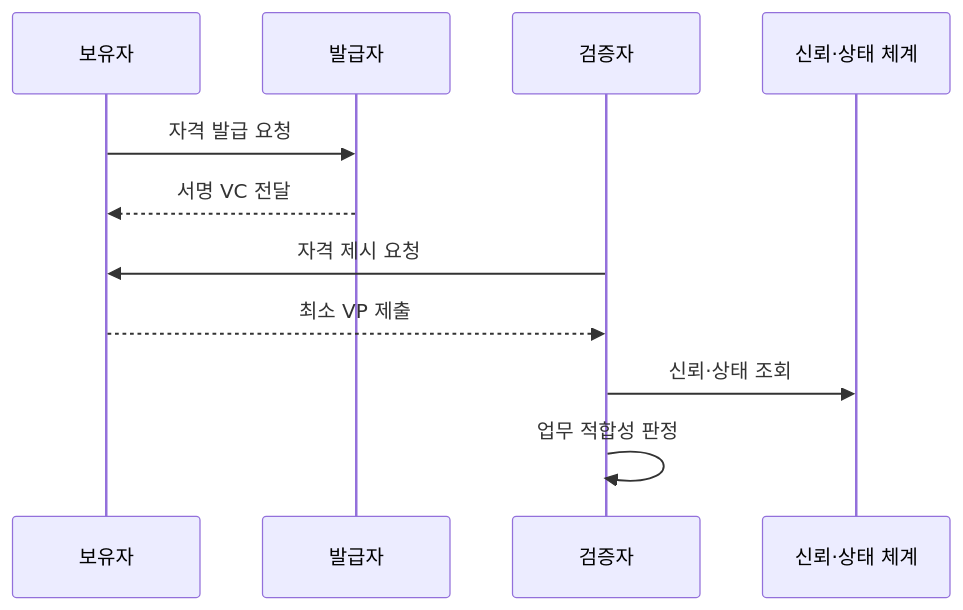
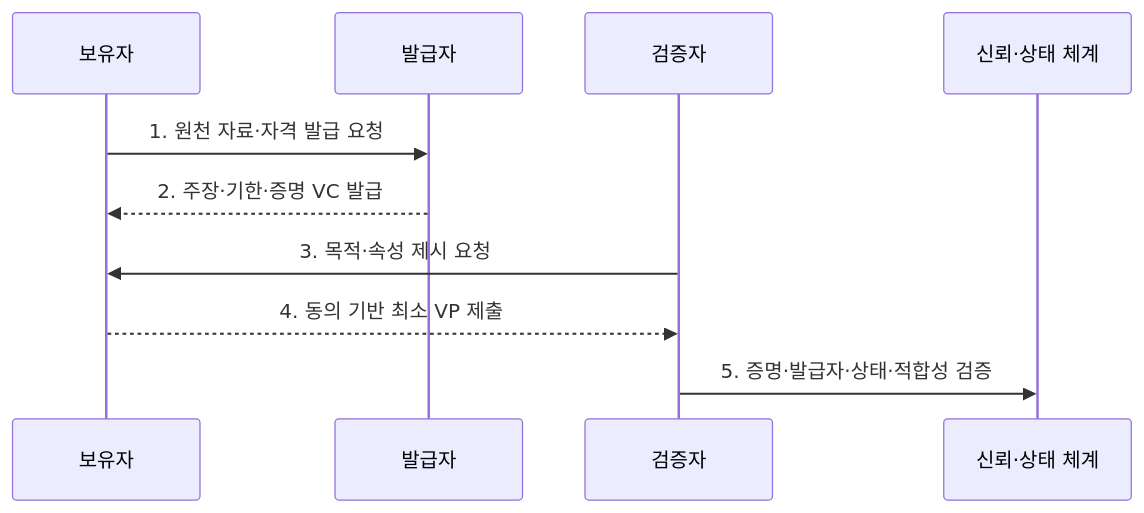
One commit to agnusdei1207/knowledge-base changed the second of 2 diagrams in src/content/docs/notes/05-security/067_verifiable_credential.md. Above: the diagram before and after it, drawn with Mermaid. The commit also changed other lines of this file and 7 other files, not shown here.

````diff
--- a/src/content/docs/notes/05-security/067_verifiable_credential.md
+++ b/src/content/docs/notes/05-security/067_verifiable_credential.md
@@ -84,13 +85,12 @@
 ```mermaid
 sequenceDiagram
     participant H as 보유자
     participant I as 발급자
     participant V as 검증자
     participant S as 신뢰·상태 체계
-    H->>I: 자격 발급 요청
-    I-->>H: 서명 VC 전달
-    V->>H: 자격 제시 요청
-    H-->>V: 최소 VP 제출
-    V->>S: 신뢰·상태 조회
-    V->>V: 업무 적합성 판정
+    H->>I: 1. 원천 자료·자격 발급 요청
+    I-->>H: 2. 주장·기한·증명 VC 발급
+    V->>H: 3. 목적·속성 제시 요청
+    H-->>V: 4. 동의 기반 최소 VP 제출
+    V->>S: 5. 증명·발급자·상태·적합성 검증
 ```
````
